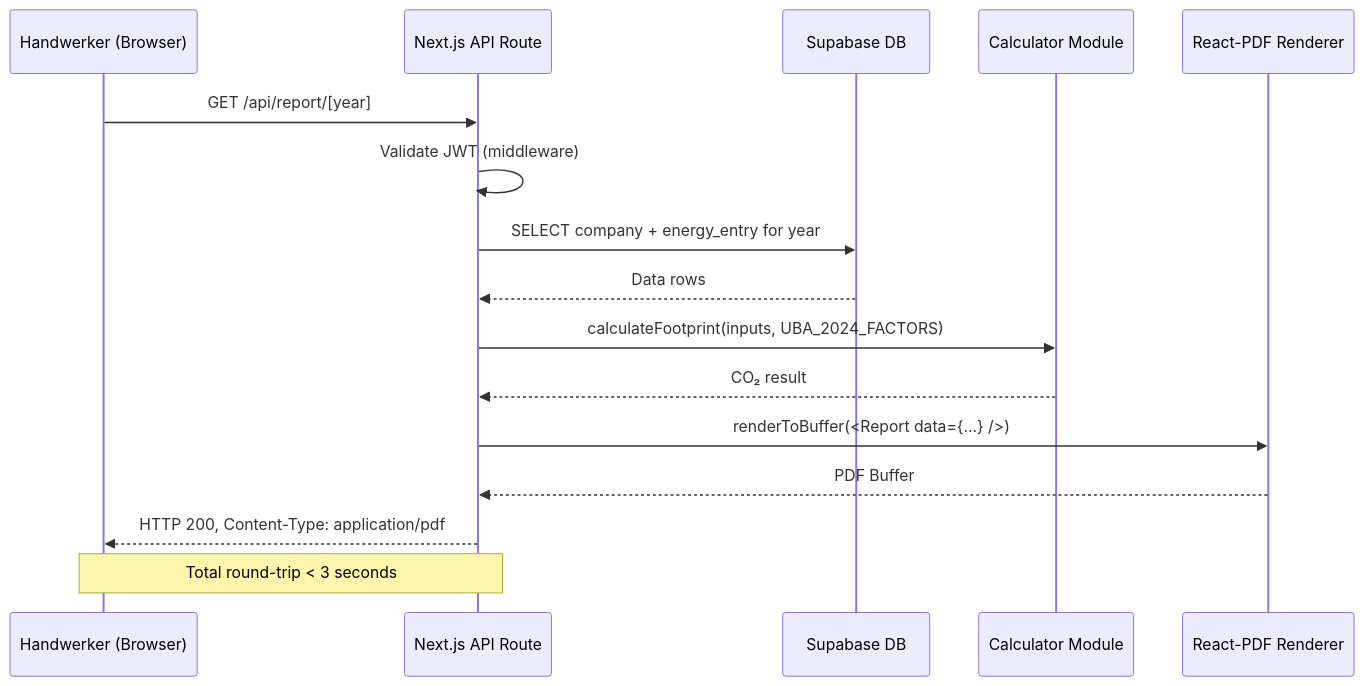
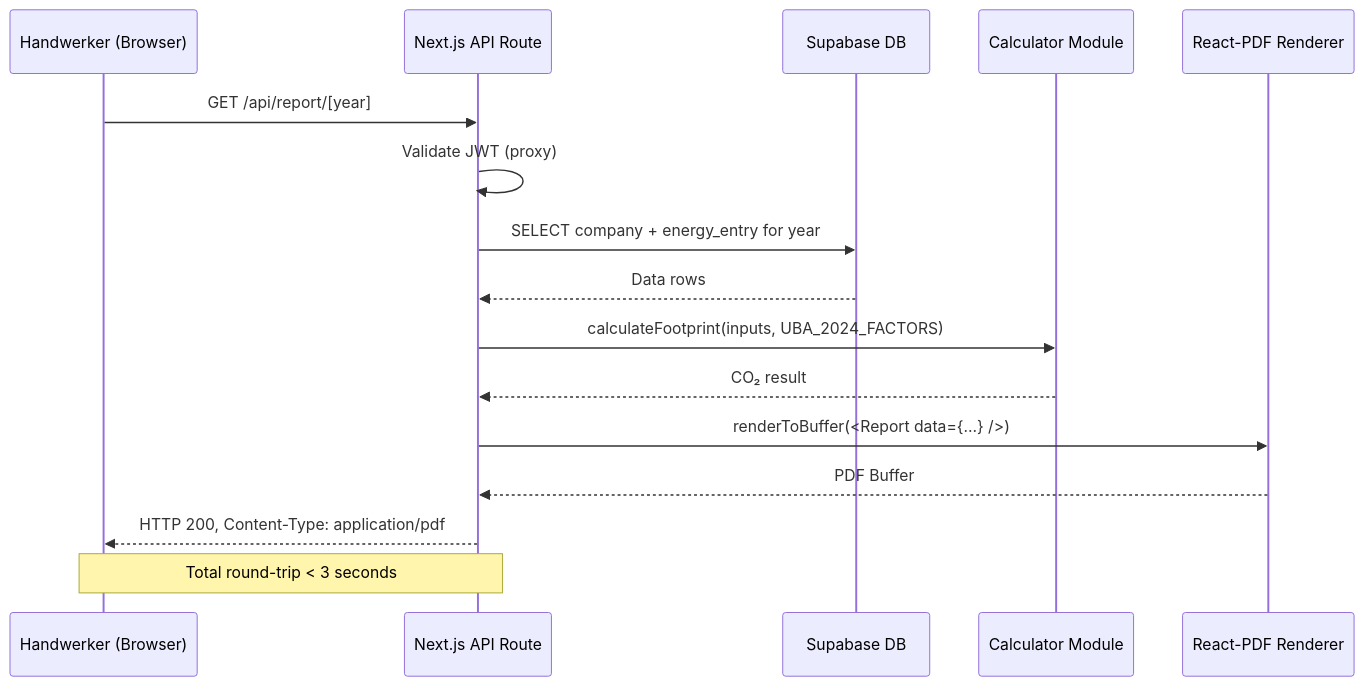
One commit to StanislavMakhrov/application changed the sixth of 8 diagrams in docs/architecture.md. Above: the diagram before and after it, drawn with Mermaid. The commit also changed other lines of this file and 3 other files, not shown here.

````diff
--- a/docs/architecture.md
+++ b/docs/architecture.md
@@ -327,19 +327,19 @@
 ```mermaid
 sequenceDiagram
     participant U as Handwerker (Browser)
     participant W as Next.js API Route
     participant DB as Supabase DB
     participant Calc as Calculator Module
     participant PDF as React-PDF Renderer
 
     U->>W: GET /api/report/[year]
-    W->>W: Validate JWT (middleware)
+    W->>W: Validate JWT (proxy)
     W->>DB: SELECT company + energy_entry for year
     DB-->>W: Data rows
     W->>Calc: calculateFootprint(inputs, UBA_2024_FACTORS)
     Calc-->>W: CO₂ result
     W->>PDF: renderToBuffer(<Report data={…} />)
     PDF-->>W: PDF Buffer
     W-->>U: HTTP 200, Content-Type: application/pdf
     Note over U,W: Total round-trip < 3 seconds
 ```
````
